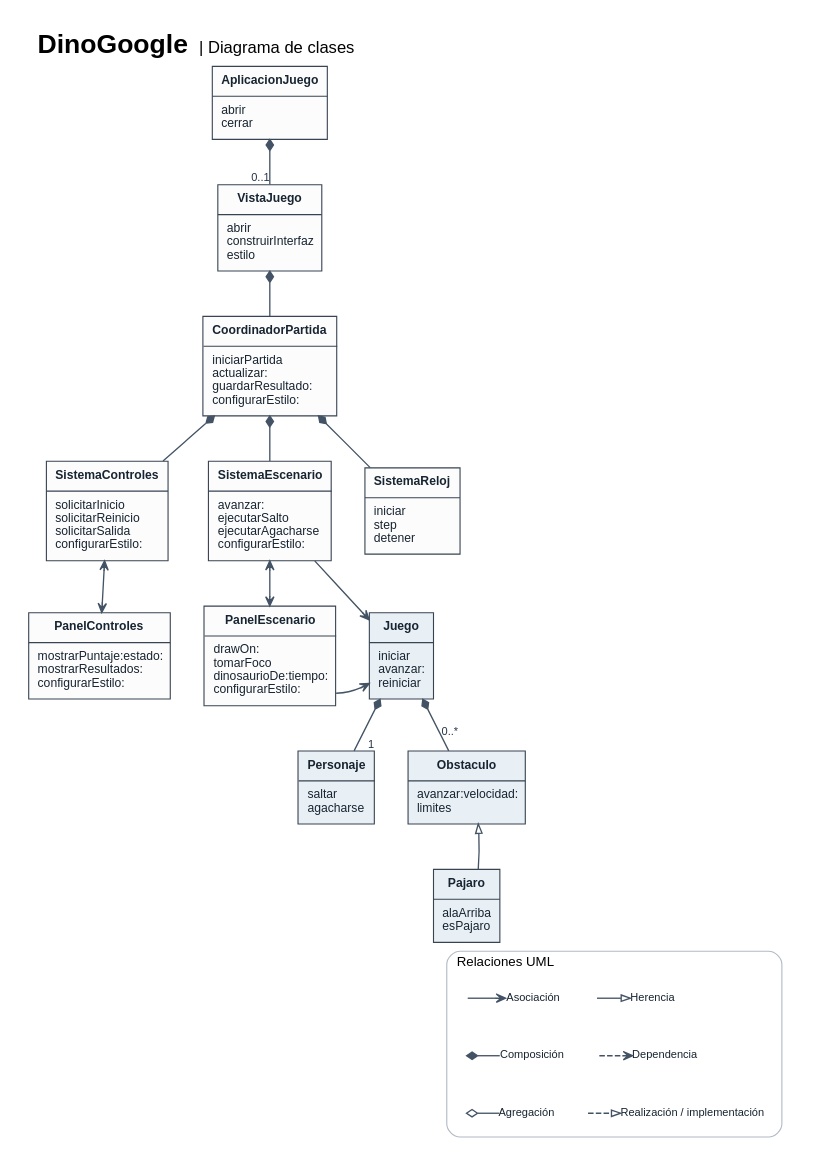
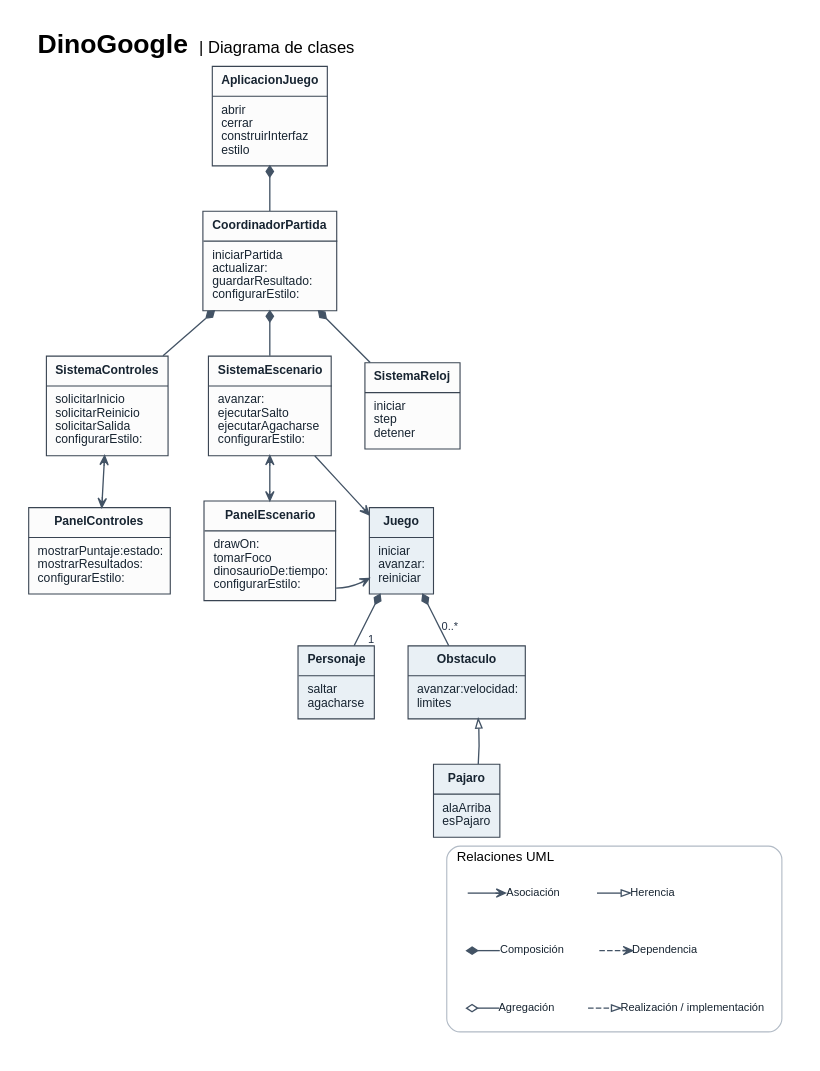
The diagram in docs/diagrama-de-clases.dot (CnioritoD/DinoGoogle), drawn with Graphviz before and after one commit. The commit also changed 3 other files, not shown here.

Commit message:
Unificar la ventana y el inicio en AplicacionJuego

```diff
--- a/docs/diagrama-de-clases.dot
+++ b/docs/diagrama-de-clases.dot
@@ -1,121 +1,116 @@
 digraph DinoGoogle {
   graph [rankdir=TB, bgcolor="#ffffff", pad=0.26, nodesep=0.42, ranksep=0.57,
     fontname="Arial", fontsize=24, labelloc=t, labeljust=l,
     label=<<B>DinoGoogle</B> <FONT POINT-SIZE="15">| Diagrama de clases</FONT>>];
   node [shape=plain, fontname="Arial", fontsize=11,
     color="#394452", fontcolor="#172431", penwidth=1.15, margin="0.16,0.09"];
   edge [fontname="Arial", fontsize=10, color="#435365", fontcolor="#243246",
     penwidth=1.2, arrowsize=0.83];
 
   AplicacionJuego [label=<<TABLE BORDER="1" COLOR="#394452" CELLBORDER="0" CELLSPACING="0" CELLPADDING="7" BGCOLOR="#fcfcfc">
     <TR><TD><B>AplicacionJuego</B></TD></TR>
-    <HR/><TR><TD ALIGN="LEFT" BALIGN="LEFT">abrir<BR ALIGN="LEFT"/>cerrar</TD></TR>
-  </TABLE>>];
-  VistaJuego [label=<<TABLE BORDER="1" COLOR="#394452" CELLBORDER="0" CELLSPACING="0" CELLPADDING="7" BGCOLOR="#fcfcfc">
-    <TR><TD><B>VistaJuego</B></TD></TR>
-    <HR/><TR><TD ALIGN="LEFT" BALIGN="LEFT">abrir<BR ALIGN="LEFT"/>construirInterfaz<BR ALIGN="LEFT"/>estilo</TD></TR>
+    <HR/><TR><TD ALIGN="LEFT" BALIGN="LEFT">abrir<BR ALIGN="LEFT"/>cerrar<BR ALIGN="LEFT"/>construirInterfaz<BR ALIGN="LEFT"/>estilo</TD></TR>
   </TABLE>>];
   CoordinadorPartida [label=<<TABLE BORDER="1" COLOR="#394452" CELLBORDER="0" CELLSPACING="0" CELLPADDING="7" BGCOLOR="#fcfcfc">
     <TR><TD><B>CoordinadorPartida</B></TD></TR>
     <HR/><TR><TD ALIGN="LEFT" BALIGN="LEFT">iniciarPartida<BR ALIGN="LEFT"/>actualizar:<BR ALIGN="LEFT"/>guardarResultado:<BR ALIGN="LEFT"/>configurarEstilo:</TD></TR>
   </TABLE>>];
   SistemaControles [label=<<TABLE BORDER="1" COLOR="#394452" CELLBORDER="0" CELLSPACING="0" CELLPADDING="7" BGCOLOR="#fcfcfc">
     <TR><TD><B>SistemaControles</B></TD></TR>
     <HR/><TR><TD ALIGN="LEFT" BALIGN="LEFT">solicitarInicio<BR ALIGN="LEFT"/>solicitarReinicio<BR ALIGN="LEFT"/>solicitarSalida<BR ALIGN="LEFT"/>configurarEstilo:</TD></TR>
   </TABLE>>];
   SistemaEscenario [label=<<TABLE BORDER="1" COLOR="#394452" CELLBORDER="0" CELLSPACING="0" CELLPADDING="7" BGCOLOR="#fcfcfc">
     <TR><TD><B>SistemaEscenario</B></TD></TR>
     <HR/><TR><TD ALIGN="LEFT" BALIGN="LEFT">avanzar:<BR ALIGN="LEFT"/>ejecutarSalto<BR ALIGN="LEFT"/>ejecutarAgacharse<BR ALIGN="LEFT"/>configurarEstilo:</TD></TR>
   </TABLE>>];
   SistemaReloj [label=<<TABLE BORDER="1" COLOR="#394452" CELLBORDER="0" CELLSPACING="0" CELLPADDING="7" BGCOLOR="#fcfcfc">
     <TR><TD><B>SistemaReloj</B></TD></TR>
     <HR/><TR><TD ALIGN="LEFT" BALIGN="LEFT">iniciar<BR ALIGN="LEFT"/>step<BR ALIGN="LEFT"/>detener</TD></TR>
   </TABLE>>];
   PanelControles [label=<<TABLE BORDER="1" COLOR="#394452" CELLBORDER="0" CELLSPACING="0" CELLPADDING="7" BGCOLOR="#fcfcfc">
     <TR><TD><B>PanelControles</B></TD></TR>
     <HR/><TR><TD ALIGN="LEFT" BALIGN="LEFT">mostrarPuntaje:estado:<BR ALIGN="LEFT"/>mostrarResultados:<BR ALIGN="LEFT"/>configurarEstilo:</TD></TR>
   </TABLE>>];
   PanelEscenario [label=<<TABLE BORDER="1" COLOR="#394452" CELLBORDER="0" CELLSPACING="0" CELLPADDING="7" BGCOLOR="#fcfcfc">
     <TR><TD><B>PanelEscenario</B></TD></TR>
     <HR/><TR><TD ALIGN="LEFT" BALIGN="LEFT">drawOn:<BR ALIGN="LEFT"/>tomarFoco<BR ALIGN="LEFT"/>dinosaurioDe:tiempo:<BR ALIGN="LEFT"/>configurarEstilo:</TD></TR>
   </TABLE>>];
   Juego [label=<<TABLE BORDER="1" COLOR="#394452" CELLBORDER="0" CELLSPACING="0" CELLPADDING="7" BGCOLOR="#e9f0f5">
     <TR><TD><B>Juego</B></TD></TR>
     <HR/><TR><TD ALIGN="LEFT" BALIGN="LEFT">iniciar<BR ALIGN="LEFT"/>avanzar:<BR ALIGN="LEFT"/>reiniciar</TD></TR>
   </TABLE>>];
   Personaje [label=<<TABLE BORDER="1" COLOR="#394452" CELLBORDER="0" CELLSPACING="0" CELLPADDING="7" BGCOLOR="#e9f0f5">
     <TR><TD><B>Personaje</B></TD></TR>
     <HR/><TR><TD ALIGN="LEFT" BALIGN="LEFT">saltar<BR ALIGN="LEFT"/>agacharse</TD></TR>
   </TABLE>>];
   Obstaculo [label=<<TABLE BORDER="1" COLOR="#394452" CELLBORDER="0" CELLSPACING="0" CELLPADDING="7" BGCOLOR="#e9f0f5">
     <TR><TD><B>Obstaculo</B></TD></TR>
     <HR/><TR><TD ALIGN="LEFT" BALIGN="LEFT">avanzar:velocidad:<BR ALIGN="LEFT"/>limites</TD></TR>
   </TABLE>>];
   Pajaro [label=<<TABLE BORDER="1" COLOR="#394452" CELLBORDER="0" CELLSPACING="0" CELLPADDING="7" BGCOLOR="#e9f0f5">
     <TR><TD><B>Pajaro</B></TD></TR>
     <HR/><TR><TD ALIGN="LEFT" BALIGN="LEFT">alaArriba<BR ALIGN="LEFT"/>esPajaro</TD></TR>
   </TABLE>>];
 
   // El rombo relleno va del lado del objeto que contiene al componente.
   edge [dir=back, arrowtail=diamond, arrowhead=none];
-  AplicacionJuego -> VistaJuego [headlabel="0..1"];
-  VistaJuego -> CoordinadorPartida;
+  AplicacionJuego -> CoordinadorPartida;
   CoordinadorPartida -> SistemaControles;
   CoordinadorPartida -> SistemaEscenario;
   CoordinadorPartida -> SistemaReloj;
   Juego -> Personaje [headlabel="1", labeldistance=1.6, labelangle=-46];
   Juego -> Obstaculo [headlabel="0..*", labeldistance=1.7, labelangle=-30];
 
   // La asociación muestra una referencia conservada por la clase.
   edge [dir=forward, arrowtail=none, arrowhead=vee];
   SistemaControles -> PanelControles [dir=both, arrowtail=vee];
   SistemaEscenario -> PanelEscenario [dir=both, arrowtail=vee];
   SistemaEscenario -> Juego;
   PanelEscenario -> Juego [constraint=false];
 
   // La dependencia indica uso sin una referencia de instancia propia.
   edge [style=dashed, arrowhead=vee, color="#657487"];
 
 
   // El triángulo hueco señala la superclase.
   edge [style=solid, color="#435365", arrowhead=onormal, constraint=false];
   Pajaro -> Obstaculo;
 
   {rank=same; SistemaControles; SistemaEscenario; SistemaReloj}
   {rank=same; PanelControles; PanelEscenario; Juego}
   {rank=same; Personaje; Obstaculo}
   edge [style=invis, constraint=true, weight=10];
   PanelControles -> PanelEscenario -> Juego;
   Personaje -> Obstaculo;
   Obstaculo -> Pajaro;
 
   subgraph cluster_leyenda {
     graph [label="Relaciones UML", fontname="Arial", fontsize=12, style=rounded, color="#b1bac5", margin=16];
     node [shape=plain, style="", fontname="Arial", fontsize=10];
     asociacion [label="Asociación"];
     herencia [label="Herencia"];
     composicion [label="Composición"];
     dependencia [label="Dependencia"];
     agregacion [label="Agregación"];
     realizacion [label="Realización / implementación"];
     node [shape=point, width=0.015, height=0.015, fixedsize=true, label="", style=invis];
     edge [style=solid, constraint=true, weight=1, arrowtail=none, arrowhead=vee];
     {rank=same; a; asociacion; h; herencia}
     {rank=same; c; composicion; d; dependencia}
     {rank=same; g; agregacion; r; realizacion}
     a -> asociacion;
     h -> herencia [arrowhead=onormal];
     c -> composicion [dir=back, arrowtail=diamond, arrowhead=none];
     d -> dependencia [style=dashed];
     g -> agregacion [dir=back, arrowtail=odiamond, arrowhead=none];
     r -> realizacion [style=dashed, arrowhead=onormal];
     asociacion -> h [style=invis];
     composicion -> d [style=invis];
     agregacion -> r [style=invis];
     a -> c -> g [style=invis, minlen=1];
     h -> d -> r [style=invis, minlen=1];
   }
   // Mantiene la leyenda debajo del diagrama.
   Pajaro -> a [style=invis];
 
 }
```
